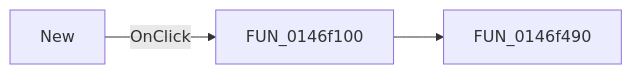
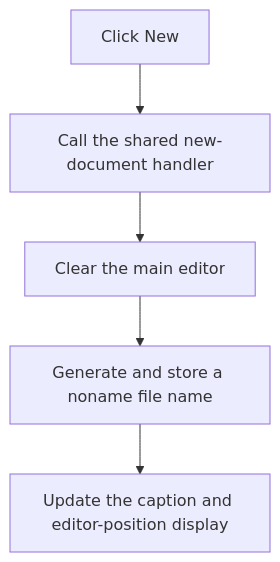
Before and after one commit to MovGP0/TIARA: the diagram in docs/ui-controls/pymainform/mnnew-9653bb2260.md, drawn with Mermaid. The commit also changed other lines of this file and 1062 other files, not shown here.

````diff
--- a/docs/ui-controls/pymainform/mnnew-9653bb2260.md
+++ b/docs/ui-controls/pymainform/mnnew-9653bb2260.md
@@ -27,5 +29,7 @@
 ```mermaid
-flowchart LR
-    control["New"] -->|OnClick| handler["FUN_0146f100"]
-    handler --> call1["FUN_0146f490"]
+flowchart TD
+    control["Click New"] --> shared["Call the shared new-document handler"]
+    shared --> clear["Clear the main editor"]
+    clear --> name["Generate and store a noname file name"]
+    name --> ui["Update the caption and editor-position display"]
 ```
````
